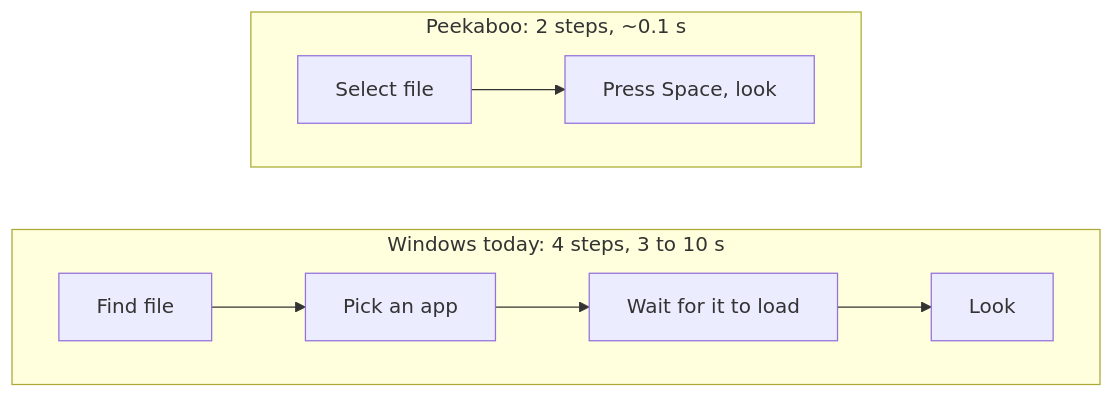
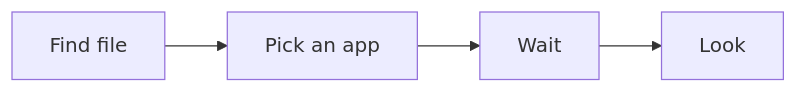
Before and after one commit to A2K2005/peekaboo: the first of 3 diagrams in docs/CASE-STUDY.md, drawn with Mermaid. The commit also changed other lines of this file, not shown here.

Commit message:
Split the before and after flow into two diagrams

````diff
--- a/docs/CASE-STUDY.md
+++ b/docs/CASE-STUDY.md
@@ -44,11 +46,4 @@
 ```mermaid
 flowchart LR
-    subgraph Before["Windows today: 4 steps, 3 to 10 s"]
-        direction LR
-        B1[Find file] --> B2[Pick an app] --> B3[Wait for it to load] --> B4[Look]
-    end
-    subgraph After["Peekaboo: 2 steps, ~0.1 s"]
-        direction LR
-        A1[Select file] --> A2["Press Space, look"]
-    end
+    B1[Find file] --> B2[Pick an app] --> B3[Wait] --> B4[Look]
 ```
````
